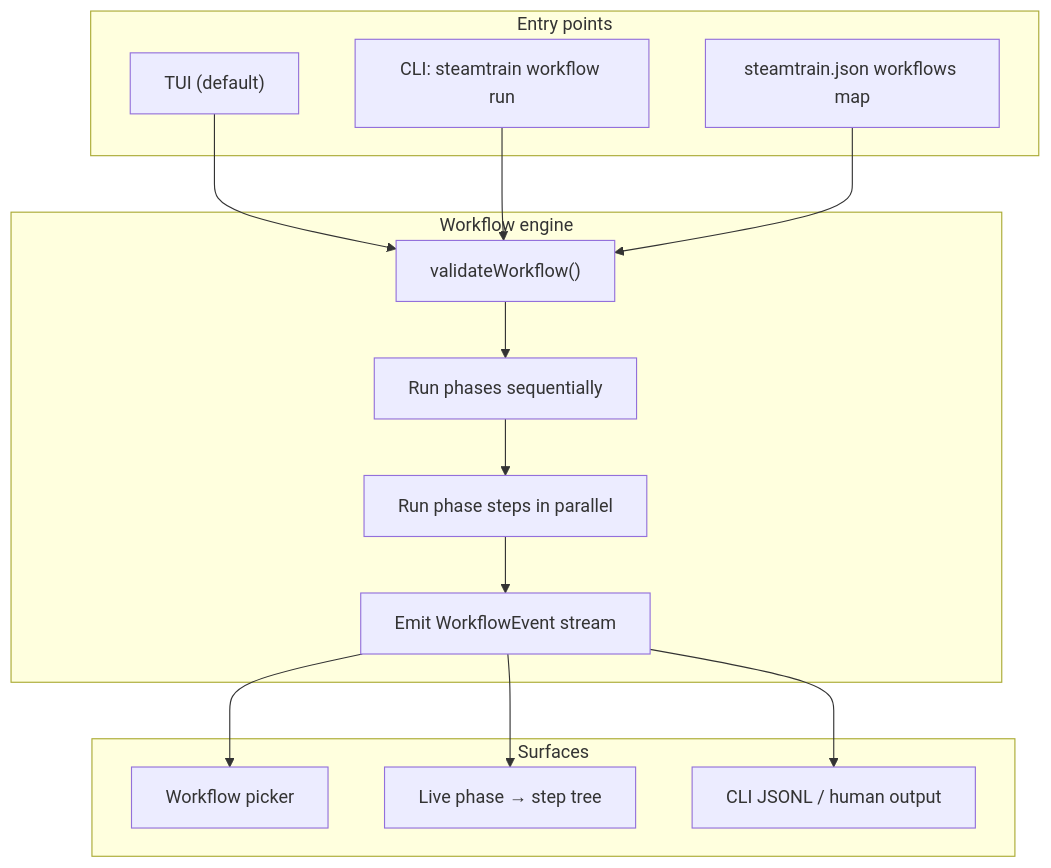
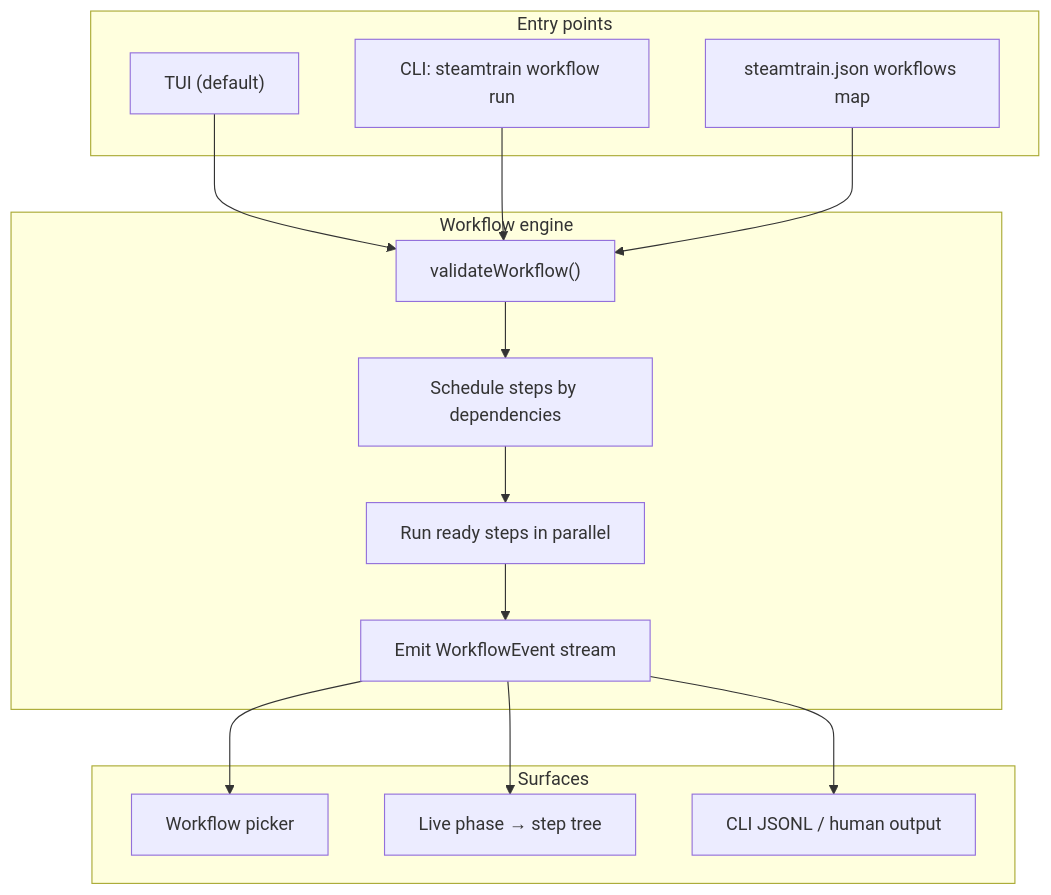
One commit to nilsonsfj/steamtrain changed the first of 10 diagrams in docs/workflow-overview.md. Above: the diagram before and after it, drawn with Mermaid. The commit also changed other lines of this file and 10 other files, not shown here.

````diff
--- a/docs/workflow-overview.md
+++ b/docs/workflow-overview.md
@@ -18,29 +18,29 @@
 ```mermaid
 flowchart TB
   subgraph entry["Entry points"]
     tui["TUI (default)"]
     cli["CLI: steamtrain workflow run"]
     cfg["steamtrain.json workflows map"]
   end
 
   subgraph engine["Workflow engine"]
   validate["validateWorkflow()"]
-  phases["Run phases sequentially"]
-  pool["Run phase steps in parallel"]
+  phases["Schedule steps by dependencies"]
+  pool["Run ready steps in parallel"]
   events["Emit WorkflowEvent stream"]
   end
 
   subgraph surfaces["Surfaces"]
   picker["Workflow picker"]
   view["Live phase → step tree"]
   jsonl["CLI JSONL / human output"]
   end
 
   tui --> validate
   cli --> validate
   cfg --> validate
   validate --> phases --> pool --> events
   events --> picker
   events --> view
   events --> jsonl
 ```
````
